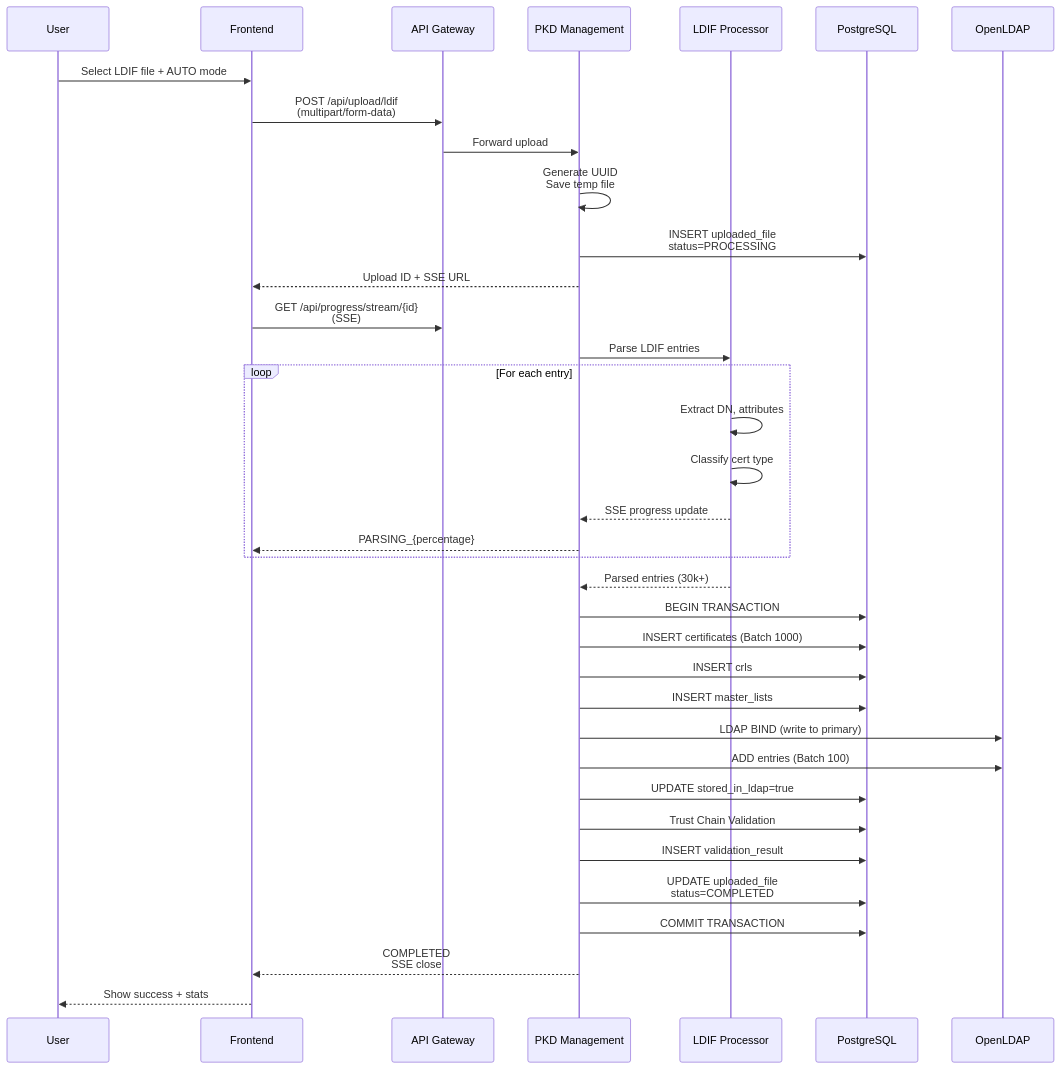
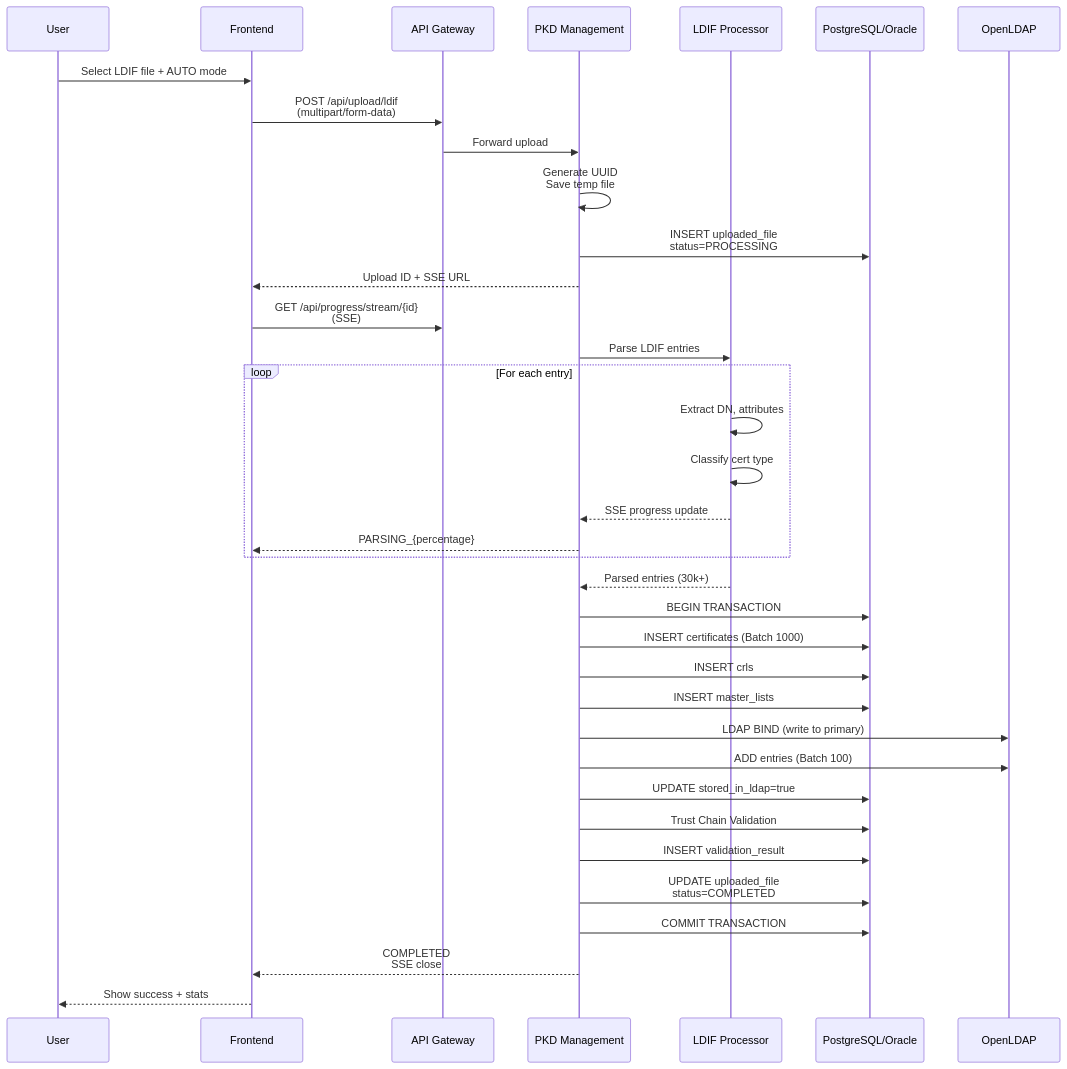
Before and after one commit to iland112/icao-local-pkd-cpp: diagram 11 of 16 in docs/SOFTWARE_ARCHITECTURE.md, drawn with Mermaid. The commit also changed other lines of this file and 7 other files, not shown here.

First line of the commit message:
docs: Update all documentation to v2.11.0 — architecture rewrite, security audit resolution, version sync

````diff
--- a/docs/SOFTWARE_ARCHITECTURE.md
+++ b/docs/SOFTWARE_ARCHITECTURE.md
@@ -855,48 +927,48 @@
 ```mermaid
 sequenceDiagram
     participant User
     participant Frontend
     participant Gateway as API Gateway
     participant PKD as PKD Management
     participant LDIF as LDIF Processor
-    participant DB as PostgreSQL
+    participant DB as PostgreSQL/Oracle
     participant LDAP as OpenLDAP
 
     User->>Frontend: Select LDIF file + AUTO mode
     Frontend->>Gateway: POST /api/upload/ldif<br/>(multipart/form-data)
     Gateway->>PKD: Forward upload
 
     PKD->>PKD: Generate UUID<br/>Save temp file
     PKD->>DB: INSERT uploaded_file<br/>status=PROCESSING
     PKD-->>Frontend: Upload ID + SSE URL
 
     Frontend->>Gateway: GET /api/progress/stream/{id}<br/>(SSE)
 
     PKD->>LDIF: Parse LDIF entries
     loop For each entry
         LDIF->>LDIF: Extract DN, attributes
         LDIF->>LDIF: Classify cert type
         LDIF-->>PKD: SSE progress update
         PKD-->>Frontend: PARSING_{percentage}
     end
 
     LDIF-->>PKD: Parsed entries (30k+)
 
     PKD->>DB: BEGIN TRANSACTION
     PKD->>DB: INSERT certificates (Batch 1000)
     PKD->>DB: INSERT crls
     PKD->>DB: INSERT master_lists
 
     PKD->>LDAP: LDAP BIND (write to primary)
     PKD->>LDAP: ADD entries (Batch 100)
     PKD->>DB: UPDATE stored_in_ldap=true
 
     PKD->>DB: Trust Chain Validation
     PKD->>DB: INSERT validation_result
 
     PKD->>DB: UPDATE uploaded_file<br/>status=COMPLETED
     PKD->>DB: COMMIT TRANSACTION
 
     PKD-->>Frontend: COMPLETED<br/>SSE close
     Frontend-->>User: Show success + stats
 ```
````
